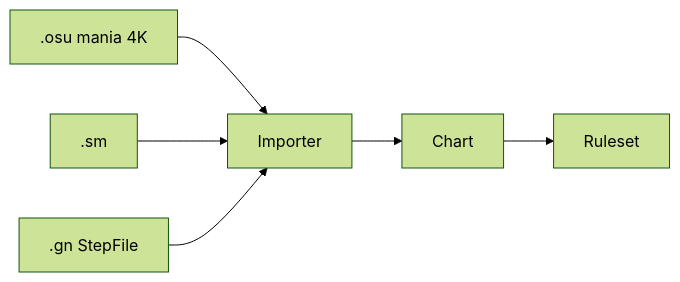
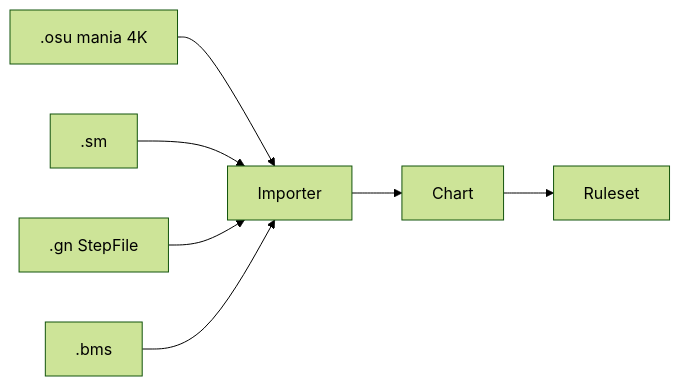
The diagram in docs/architecture/chart-format.md (Yhaniki/65_remake), drawn with Mermaid (forest theme) before and after one commit. The commit also changed other lines of this file and 25 other files, not shown here.

Commit message:
docs: 新增 SDO 逆向筆記（相機/HP/譜面板/場景物件/情侶模式/除錯overlay）與大廳參考圖，更新各規格文件，新增工具腳本

````diff
--- a/docs/architecture/chart-format.md
+++ b/docs/architecture/chart-format.md
@@ -47,8 +339,9 @@
 ```mermaid
 flowchart LR
   Osu[.osu mania 4K] --> Importer
   SM[.sm] --> Importer
   GN[.gn StepFile] --> Importer
+  BMS[.bms] --> Importer
   Importer --> Chart
   Chart --> Ruleset
 ```
````
